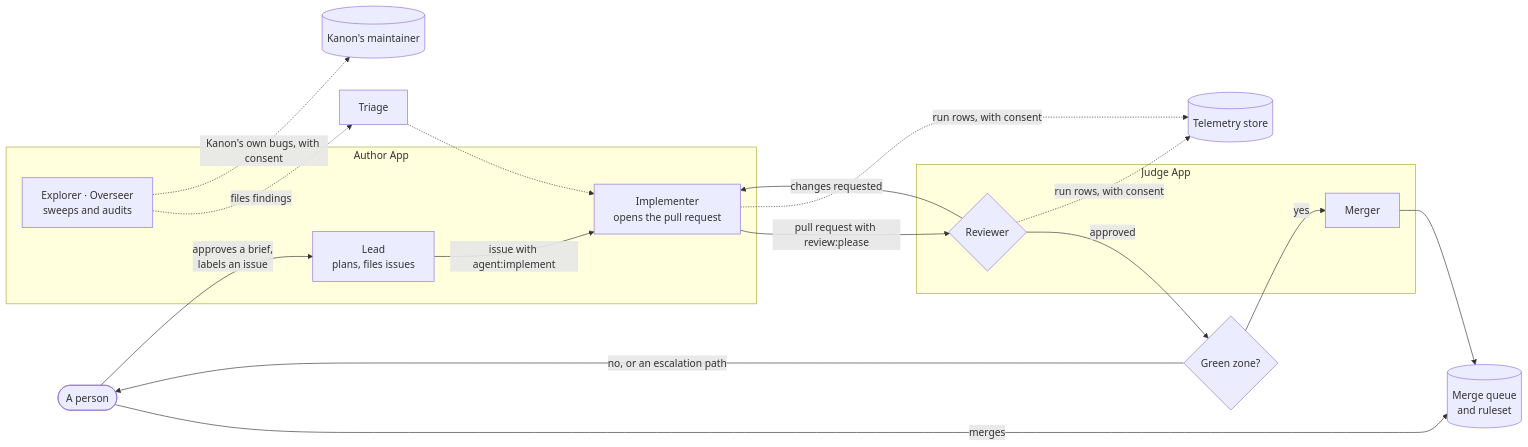
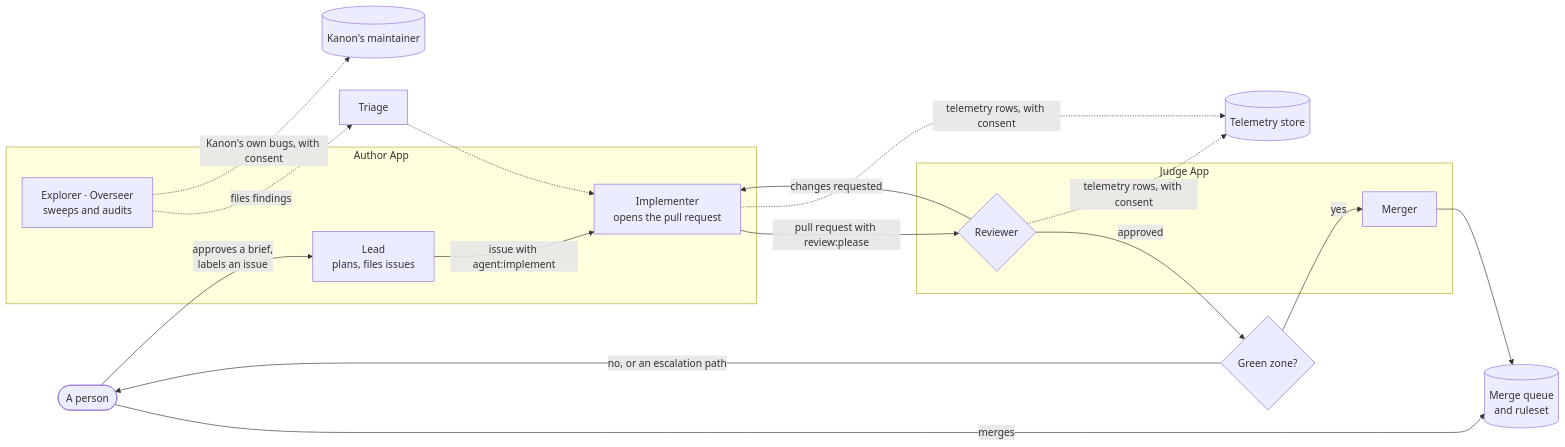
Before and after one commit to yedeya-labs/kanon: the diagram in docs/architecture.md, drawn with Mermaid. The commit also changed 2 other files, not shown here.

Commit message:
fix(telemetry): the collector's caller header and the architecture diagram say telemetry rows
The header init writes into .github/workflows/telemetry.yml, its doc comment, the copy
docs/telemetry.md quotes, and the architecture diagram's label named only run (and
work-item) rows. They now say telemetry rows, naming the agent-run, work-item, deploy
and notify rows where there is room.

Refs #960

````diff
--- a/docs/architecture.md
+++ b/docs/architecture.md
@@ -5,24 +5,24 @@
 ```mermaid
 flowchart LR
     P(["A person"]) -- "approves a brief,<br/>labels an issue" --> L
     subgraph Author["Author App"]
         L["Lead<br/>plans, files issues"]
         I["Implementer<br/>opens the pull request"]
         E["Explorer · Overseer<br/>sweeps and audits"]
     end
     subgraph Judge["Judge App"]
         R{"Reviewer"}
         M["Merger"]
     end
     L -- "issue with agent:implement" --> I
     I -- "pull request with review:please" --> R
     R -- "changes requested" --> I
     R -- "approved" --> G{"Green zone?"}
     G -- "yes" --> M
     G -- "no, or an escalation path" --> P
     M --> Q[("Merge queue<br/>and ruleset")]
     P -- "merges" --> Q
     E -. "files findings" .-> TR["Triage"] -.-> I
-    I & R -. "run rows, with consent" .-> T[("Telemetry store")]
+    I & R -. "telemetry rows, with consent" .-> T[("Telemetry store")]
     E -. "Kanon's own bugs, with consent" .-> K[("Kanon's maintainer")]
 ```
````
